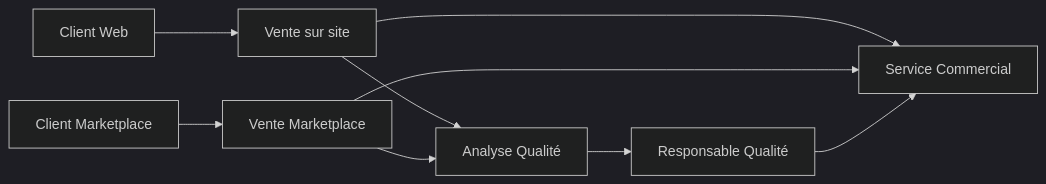
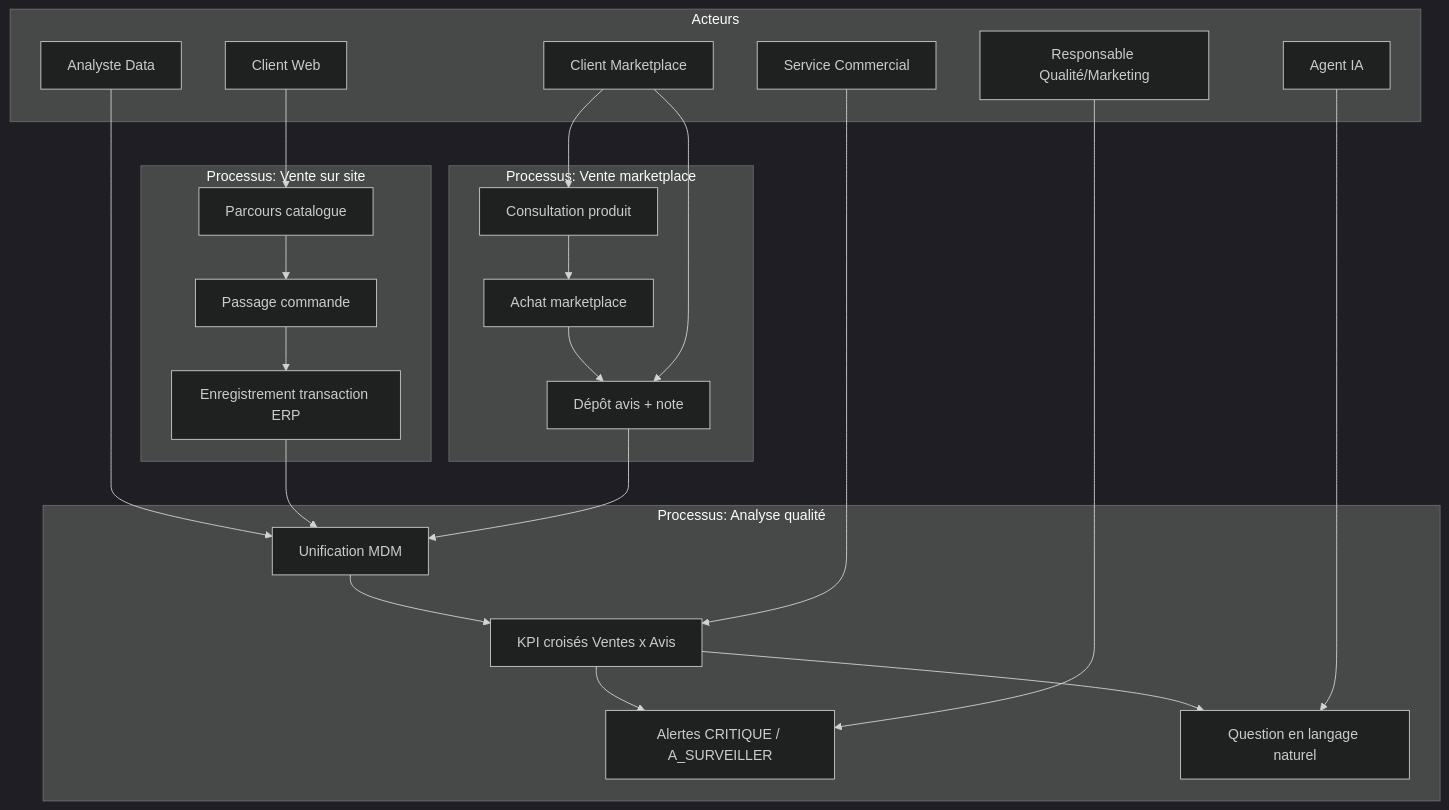
Before and after one commit to Daoudielhassan/smartshop360: the diagram in subject/livrables/01_vue_metier.mmd, drawn with Mermaid (dark theme). The commit also changed 13 other files, not shown here.

```diff
--- a/subject/livrables/01_vue_metier.mmd
+++ b/subject/livrables/01_vue_metier.mmd
@@ -1,9 +1,43 @@
-flowchart LR
-    CWeb[Client Web] --> VS[Vente sur site]
-    CMarket[Client Marketplace] --> VM[Vente Marketplace]
-    VS --> SC[Service Commercial]
-    VM --> SC
-    VS --> AQ[Analyse Qualité]
-    VM --> AQ
-    AQ --> RQ[Responsable Qualité]
-    RQ --> SC
+flowchart TD
+        subgraph ACT[Acteurs]
+            C1[Client Web]
+            C2[Client Marketplace]
+            A1[Analyste Data]
+            A2[Responsable Qualité/Marketing]
+            A3[Service Commercial]
+            AG[Agent IA]
+        end
+
+        subgraph P1[Processus: Vente sur site]
+            P1a[Parcours catalogue]
+            P1b[Passage commande]
+            P1c[Enregistrement transaction ERP]
+            P1a --> P1b --> P1c
+        end
+
+        subgraph P2[Processus: Vente marketplace]
+            P2a[Consultation produit]
+            P2b[Achat marketplace]
+            P2c[Dépôt avis + note]
+            P2a --> P2b --> P2c
+        end
+
+        subgraph P3[Processus: Analyse qualité]
+            P3a[Unification MDM]
+            P3b[KPI croisés Ventes x Avis]
+            P3c[Alertes CRITIQUE / A_SURVEILLER]
+            P3d[Question en langage naturel]
+            P3a --> P3b --> P3c
+            P3b --> P3d
+        end
+
+        C1 --> P1a
+        C2 --> P2a
+        C2 --> P2c
+        A1 --> P3a
+        A2 --> P3c
+        A3 --> P3b
+        AG --> P3d
+
+        P1c --> P3a
+        P2c --> P3a
```
